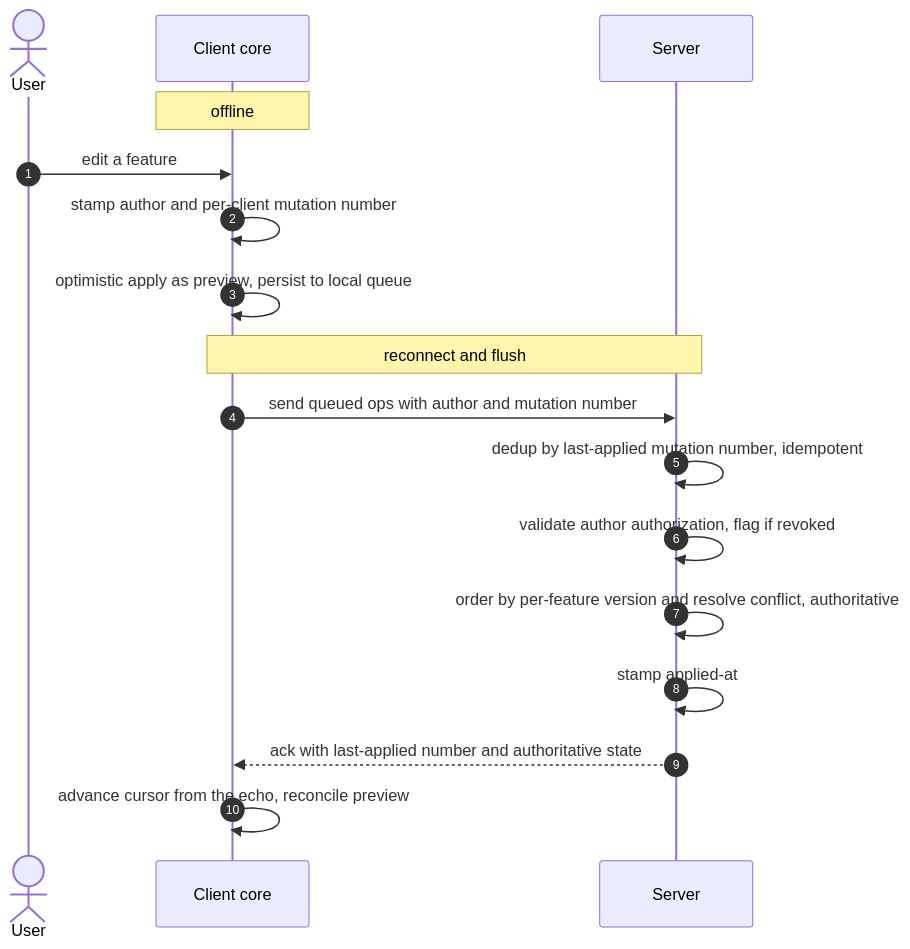
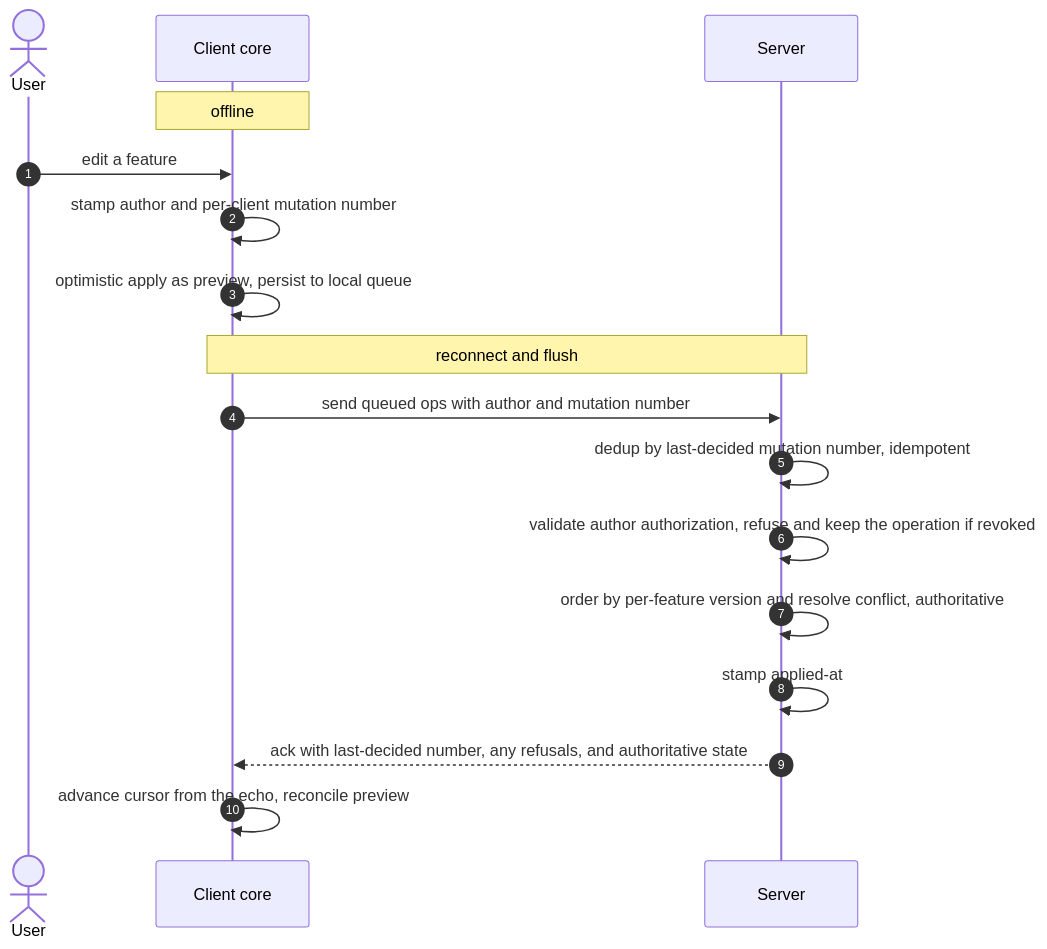
The second of 4 diagrams in specs/mapsift-foundation.md (johnsilverio/mapsift), drawn with Mermaid before and after one commit. The commit also changed other lines of this file, not shown here.

Commit message:
docs(specs): revise the per-client cursor to what the server decided (MAP-72)

````diff
--- a/specs/mapsift-foundation.md
+++ b/specs/mapsift-foundation.md
@@ -516,19 +541,19 @@
 ```mermaid
 sequenceDiagram
     autonumber
     actor U as User
     participant C as Client core
     participant S as Server
     Note over C: offline
     U->>C: edit a feature
     C->>C: stamp author and per-client mutation number
     C->>C: optimistic apply as preview, persist to local queue
     Note over C,S: reconnect and flush
     C->>S: send queued ops with author and mutation number
-    S->>S: dedup by last-applied mutation number, idempotent
-    S->>S: validate author authorization, flag if revoked
+    S->>S: dedup by last-decided mutation number, idempotent
+    S->>S: validate author authorization, refuse and keep the operation if revoked
     S->>S: order by per-feature version and resolve conflict, authoritative
     S->>S: stamp applied-at
-    S-->>C: ack with last-applied number and authoritative state
+    S-->>C: ack with last-decided number, any refusals, and authoritative state
     C->>C: advance cursor from the echo, reconcile preview
 ```
````
